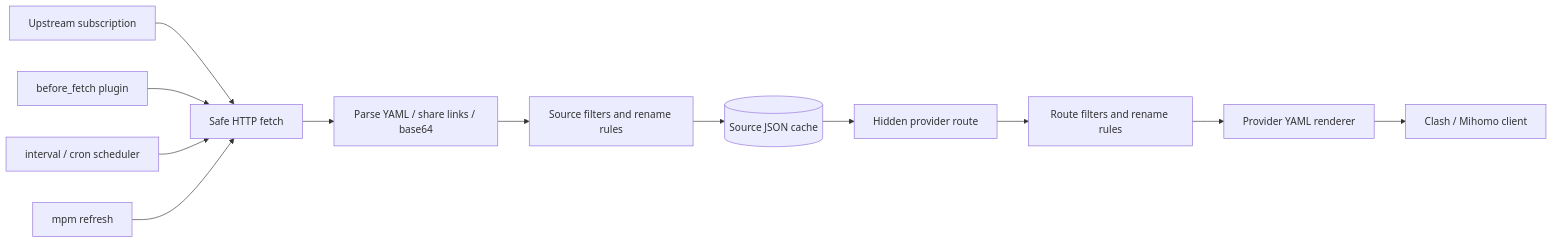
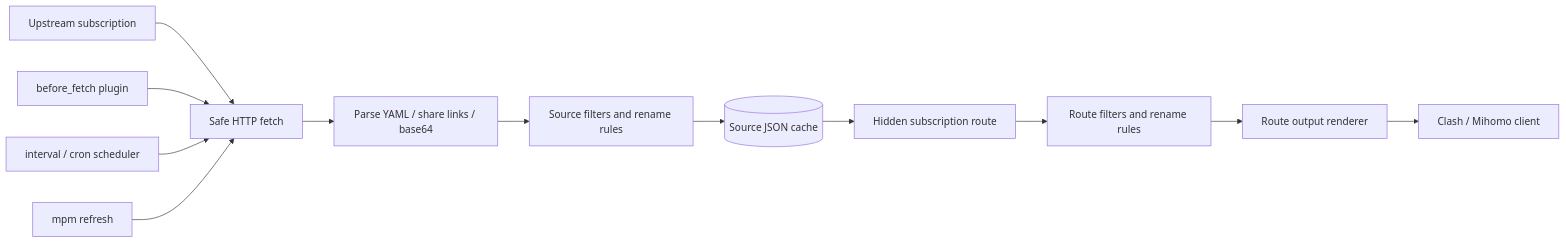
The diagram in README_EN.md (nerdneilsfield/mihomo-proxy-manager), drawn with Mermaid before and after one commit. The commit also changed other lines of this file and 1 other file, not shown here.

Commit message:
docs(readme): generalize route output wording

````diff
--- a/README_EN.md
+++ b/README_EN.md
@@ -460,15 +460,15 @@
 ```mermaid
 flowchart LR
   upstream[Upstream subscription] --> fetcher[Safe HTTP fetch]
   plugin[before_fetch plugin] --> fetcher
   scheduler[interval / cron scheduler] --> fetcher
   cli[mpm refresh] --> fetcher
 
   fetcher --> parser[Parse YAML / share links / base64]
   parser --> sourceTransform[Source filters and rename rules]
   sourceTransform --> cache[(Source JSON cache)]
-  cache --> route[Hidden provider route]
+  cache --> route[Hidden subscription route]
   route --> routeTransform[Route filters and rename rules]
-  routeTransform --> renderer[Provider YAML renderer]
+  routeTransform --> renderer[Route output renderer]
   renderer --> client[Clash / Mihomo client]
 ```
````
